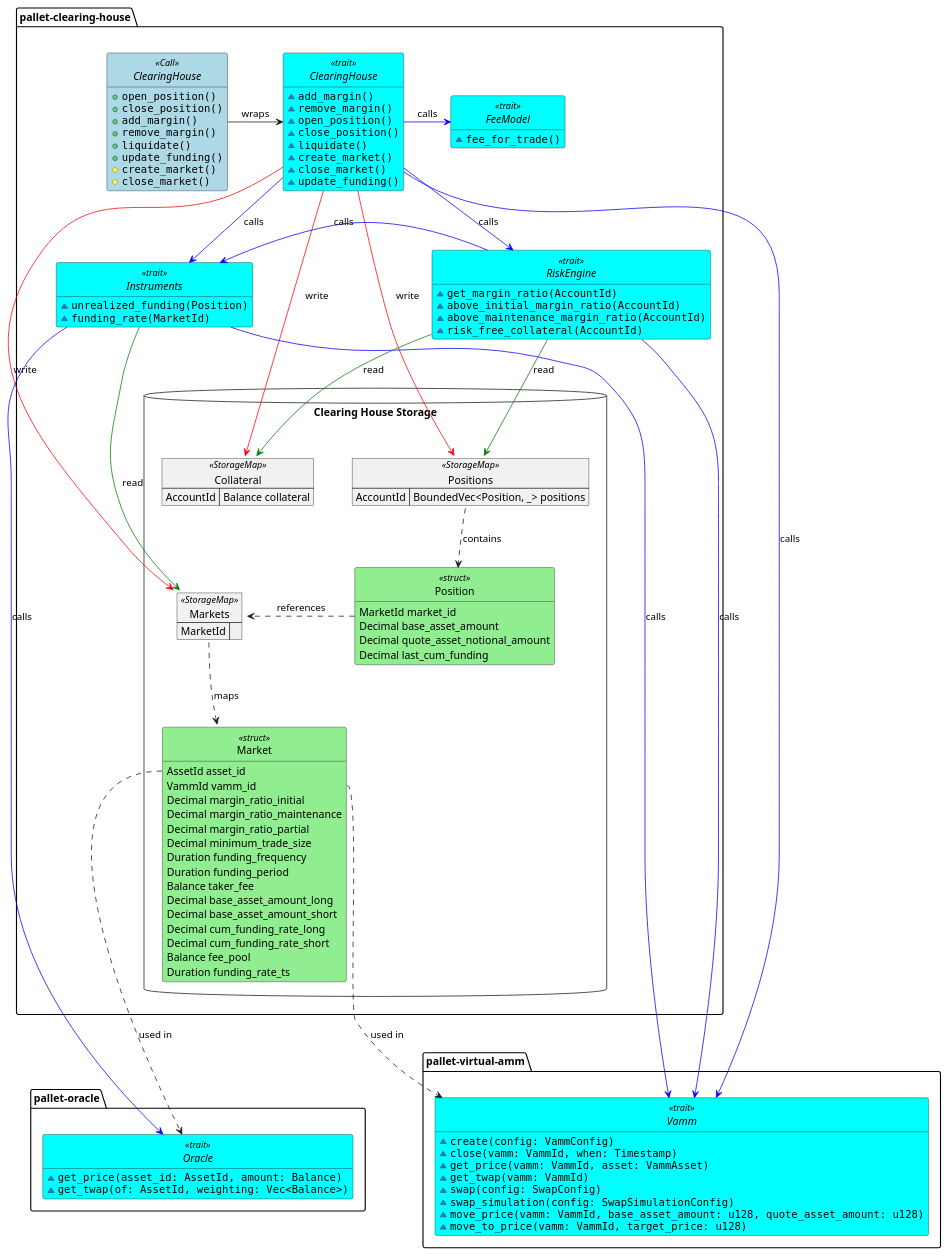
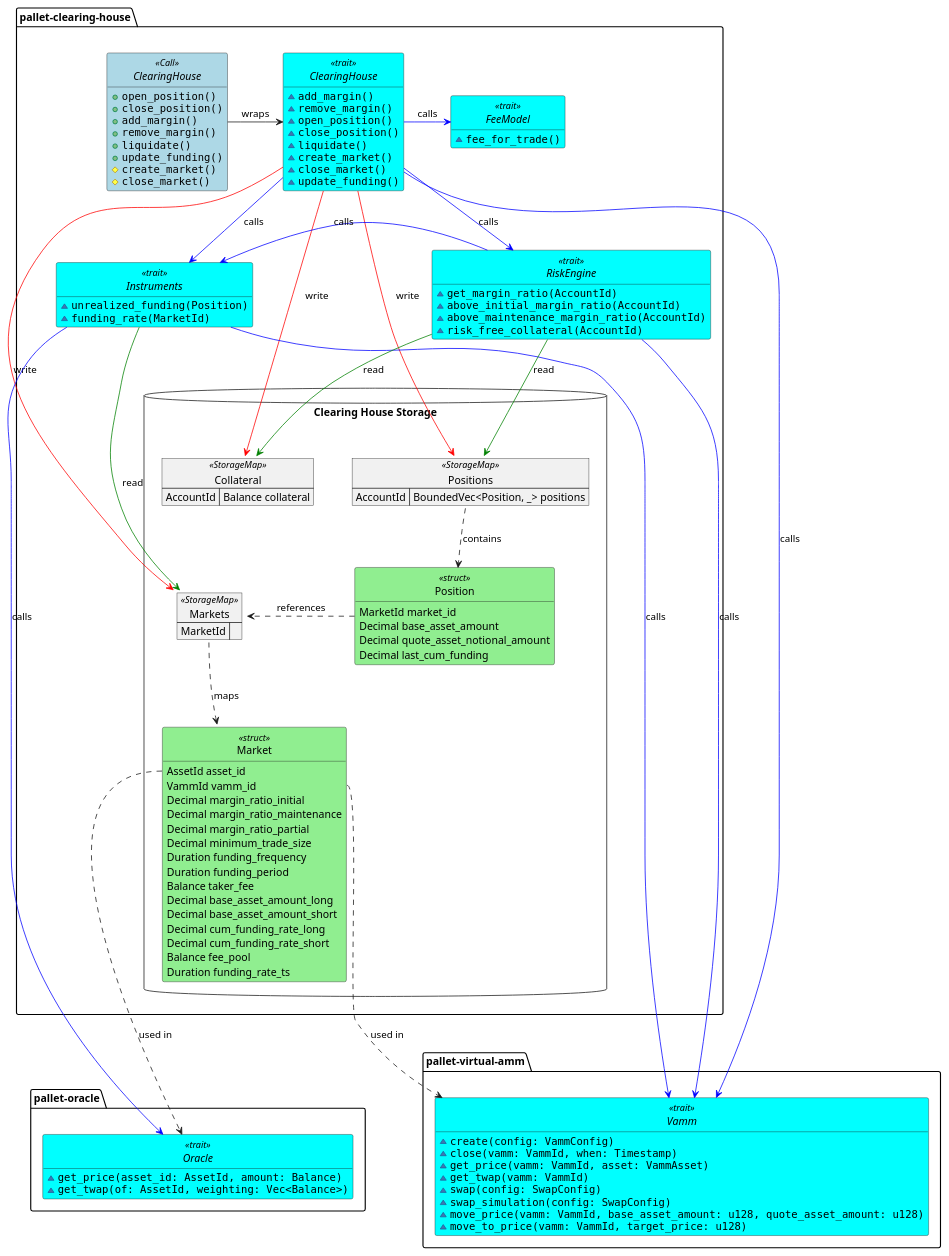
Before and after one commit to ComposableFi/composable: the diagram in frame/clearing-house/diagrams/clearing-house.plantuml, drawn with PlantUML. The commit also changed 5 other files, not shown here.

First line of the commit message:
refactor(vamm): Remove `SwapSimulationConfig`

```diff
--- a/frame/clearing-house/diagrams/clearing-house.plantuml
+++ b/frame/clearing-house/diagrams/clearing-house.plantuml
@@ -1,163 +1,163 @@
 @startuml clearing-house
 
 <style>
 .struct {
     BackgroundColor LightGreen
 }
 .Call {
     BackgroundColor LightBlue
 }
 .trait {
     BackgroundColor Cyan
 }
 </style>
 
 package "pallet-clearing-house" {
     interface ClearingHouse <<Call>> {
         + ""open_position()""
         + ""close_position()""
         + ""add_margin()""
         + ""remove_margin()""
         + ""liquidate()""
         + ""update_funding()""
         # ""create_market()""
         # ""close_market()""
     }
 
     interface "ClearingHouse" as CH <<trait>> {
         ~ ""add_margin()""
         ~ ""remove_margin()""
         ~ ""open_position()""
         ~ ""close_position()""
         ~ ""liquidate()""
         ~ ""create_market()""
         ~ ""close_market()""
         ~ ""update_funding()""
     }
     
     interface "RiskEngine" as RETrait <<trait>> {
         ~ ""get_margin_ratio(AccountId)""
         ~ ""above_initial_margin_ratio(AccountId)""
         ~ ""above_maintenance_margin_ratio(AccountId)""
         ~ ""risk_free_collateral(AccountId)""
         '~ get_free_collateral()
     }
     
     interface "Instruments" as ITrait <<trait>> {
         ~ ""unrealized_funding(Position)""
         ~ ""funding_rate(MarketId)""
     }
 
     interface "FeeModel" as FTrait <<trait>> {
         ~ ""fee_for_trade()""
     }
 
     database "Clearing House Storage" {
         map "Collateral" as MarginAccounts <<StorageMap>> {
             AccountId => Balance collateral
         }
 
         map Positions <<StorageMap>> {
             AccountId => BoundedVec<Position, _> positions
         }
 
         map Markets <<StorageMap>> {
             MarketId =>
         }
 
         class Position <<struct>> {
             MarketId market_id
             Decimal base_asset_amount
             Decimal quote_asset_notional_amount
             Decimal last_cum_funding
         }
 
         class Market <<struct>> {
             AssetId asset_id
             VammId vamm_id
             Decimal margin_ratio_initial
             Decimal margin_ratio_maintenance
             Decimal margin_ratio_partial
             Decimal minimum_trade_size
             Duration funding_frequency
             Duration funding_period
             Balance taker_fee
             Decimal base_asset_amount_long
             Decimal base_asset_amount_short
             Decimal cum_funding_rate_long
             Decimal cum_funding_rate_short
             Balance fee_pool
             Duration funding_rate_ts
         }
     }
 }
 
 package "pallet-virtual-amm" {
     interface "Vamm" as vAmm <<trait>> {
         ~ ""create(config: VammConfig)""
         ~ ""close(vamm: VammId, when: Timestamp)""
         ~ ""get_price(vamm: VammId, asset: VammAsset)""
         ~ ""get_twap(vamm: VammId)""
         ~ ""swap(config: SwapConfig)""
-        ~ ""swap_simulation(config: SwapSimulationConfig)""
+        ~ ""swap_simulation(config: SwapConfig)""
         ~ ""move_price(vamm: VammId, base_asset_amount: u128, quote_asset_amount: u128)""
         ~ ""move_to_price(vamm: VammId, target_price: u128)""
     }
 }
 
 package "pallet-oracle" {
     interface Oracle <<trait>> {
         ~ ""get_price(asset_id: AssetId, amount: Balance)""
         ~ ""get_twap(of: AssetId, weighting: Vec<Balance>)""
     }
 }
 
 hide empty members
 hide circle
 
 '================== Storage relationships
 Markets ..down> Market : maps
 Market::vamm_id ..> vAmm : used in
 Market::asset_id ..> Oracle : used in
 
 Positions::positions ..down> Position: contains
 Position ..right> Markets : references
 
 '================== Control flow relationships             
 ClearingHouse -> CH : wraps
 
 CH -[#blue]-> ITrait : calls
 
 'add_margin
 'remove_margin
 CH -[#red]-> MarginAccounts : write
 
 'create_market
 'close_market
 CH -[#red]-> Markets : write
 
 'remove_margin
 CH -[#blue]-> RETrait : calls
 
 'open_position
 'close_position
 'liquidate
 CH -[#red]-> Positions : write
 CH -[#blue]right> FTrait : calls
 
 'open_position
 'close_position
 CH -[#blue]-> vAmm : calls
 
 'update_funding
 ITrait -[#green]-> Markets : read
 ITrait -[#blue]-> Oracle : calls
 ITrait -[#blue]-> vAmm : calls
 
 'get_margin_ratio
 RETrait -[#green]-> MarginAccounts : read
 RETrait -[#green]-> Positions : read
 RETrait -left[#blue]> ITrait : calls
 RETrait -[#blue]-> vAmm : calls
 
 @enduml
```
